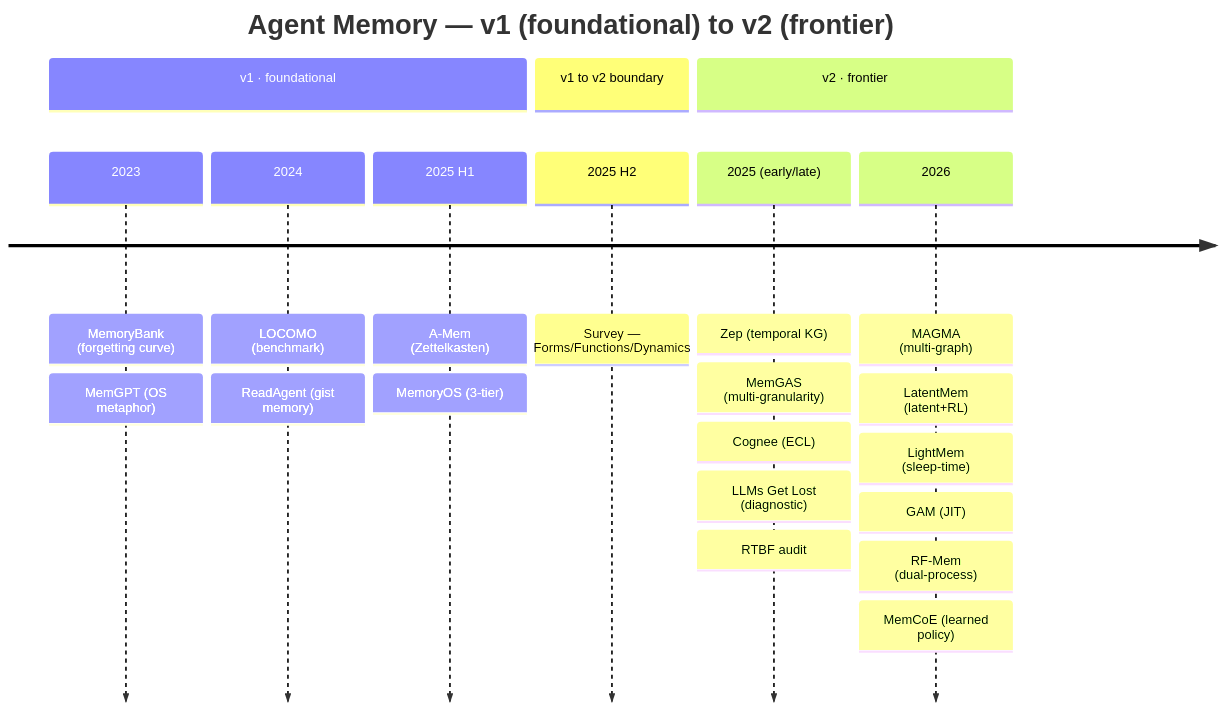
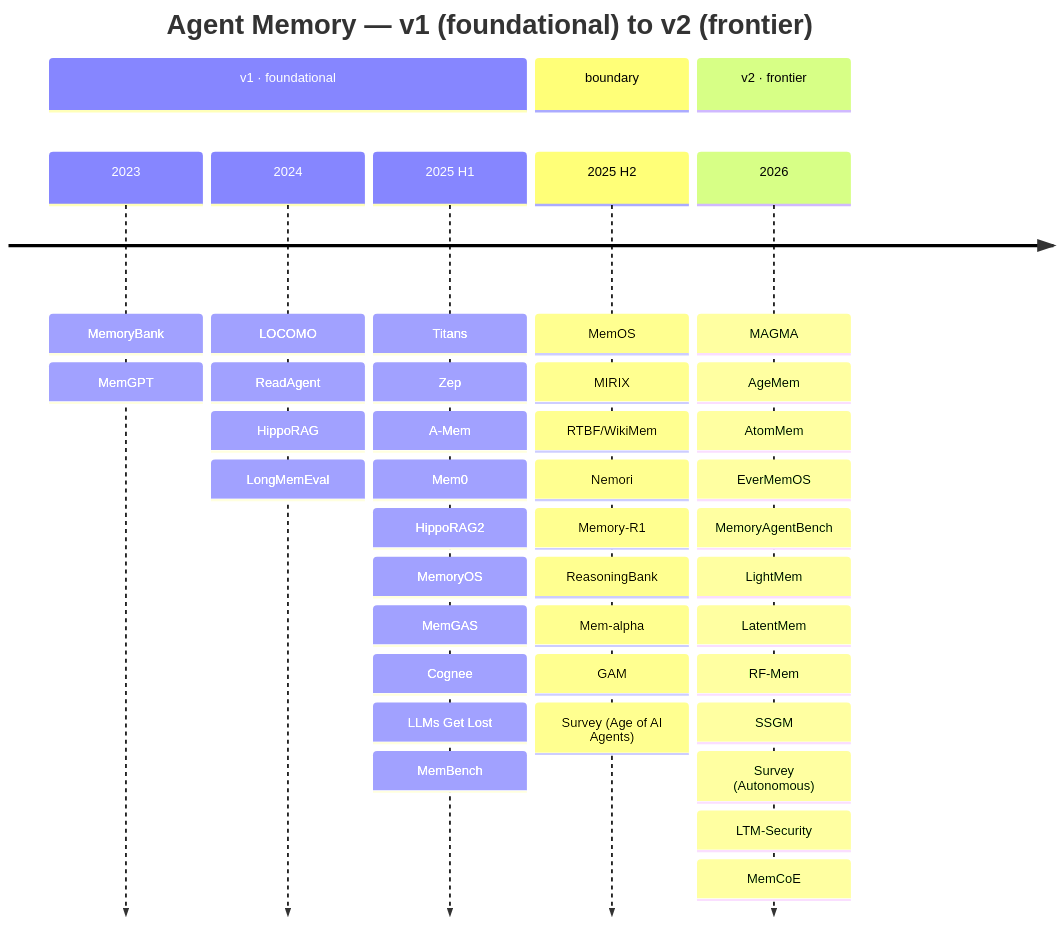
The second of 6 diagrams in agentic_memory/README.md (lyang24/papers), drawn with Mermaid before and after one commit. The commit also changed other lines of this file, not shown here.

````diff
--- a/agentic_memory/README.md
+++ b/agentic_memory/README.md
@@ -84,13 +131,12 @@
 ```mermaid
 timeline
     title Agent Memory — v1 (foundational) to v2 (frontier)
     section v1 · foundational
-        2023 : MemoryBank (forgetting curve) : MemGPT (OS metaphor)
-        2024 : LOCOMO (benchmark) : ReadAgent (gist memory)
-        2025 H1 : A-Mem (Zettelkasten) : MemoryOS (3-tier)
-    section v1 to v2 boundary
-        2025 H2 : Survey — Forms/Functions/Dynamics
+        2023 : MemoryBank : MemGPT
+        2024 : LOCOMO : ReadAgent : HippoRAG : LongMemEval
+        2025 H1 : Titans : Zep : A-Mem : Mem0 : HippoRAG2 : MemoryOS : MemGAS : Cognee : LLMs Get Lost : MemBench
+    section boundary
+        2025 H2 : MemOS : MIRIX : RTBF/WikiMem : Nemori : Memory-R1 : ReasoningBank : Mem-alpha : GAM : Survey (Age of AI Agents)
     section v2 · frontier
-        2025 (early/late) : Zep (temporal KG) : MemGAS (multi-granularity) : Cognee (ECL) : LLMs Get Lost (diagnostic) : RTBF audit
-        2026 : MAGMA (multi-graph) : LatentMem (latent+RL) : LightMem (sleep-time) : GAM (JIT) : RF-Mem (dual-process) : MemCoE (learned policy)
+        2026 : MAGMA : AgeMem : AtomMem : EverMemOS : MemoryAgentBench : LightMem : LatentMem : RF-Mem : SSGM : Survey (Autonomous) : LTM-Security : MemCoE
 ```
````
